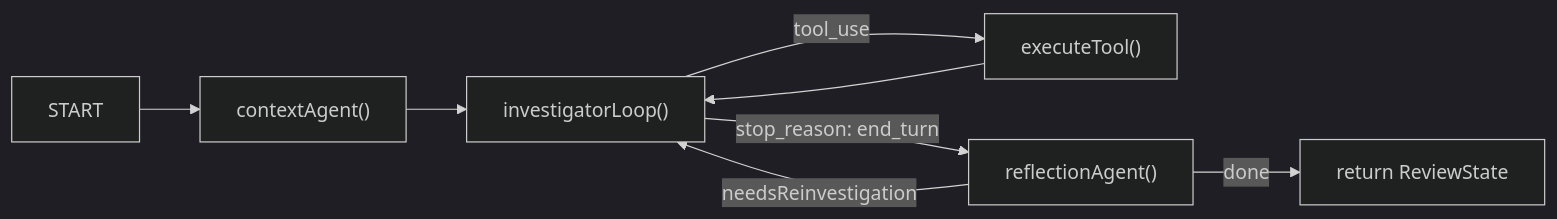
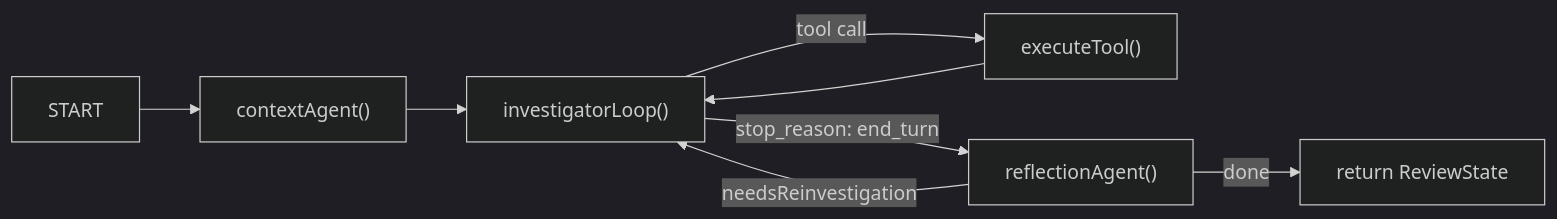
One commit to elis-salobehaj/git-gandalf changed the second of 2 diagrams in docs/plans/active/git-gandalf-master-plan.md. Above: the diagram before and after it, drawn with Mermaid (dark theme). The commit also changed other lines of this file and 37 other files, not shown here.

````diff
--- a/docs/plans/active/git-gandalf-master-plan.md
+++ b/docs/plans/active/git-gandalf-master-plan.md
@@ -631,10 +654,10 @@
 ```mermaid
 graph LR
     START --> A1["contextAgent()"]
     A1 --> A2["investigatorLoop()"]
-    A2 -->|tool_use| TOOL["executeTool()"]
+    A2 -->|tool call| TOOL["executeTool()"]
     TOOL --> A2
     A2 -->|stop_reason: end_turn| A3["reflectionAgent()"]
     A3 -->|needsReinvestigation| A2
     A3 -->|done| END["return ReviewState"]
 ```
````
